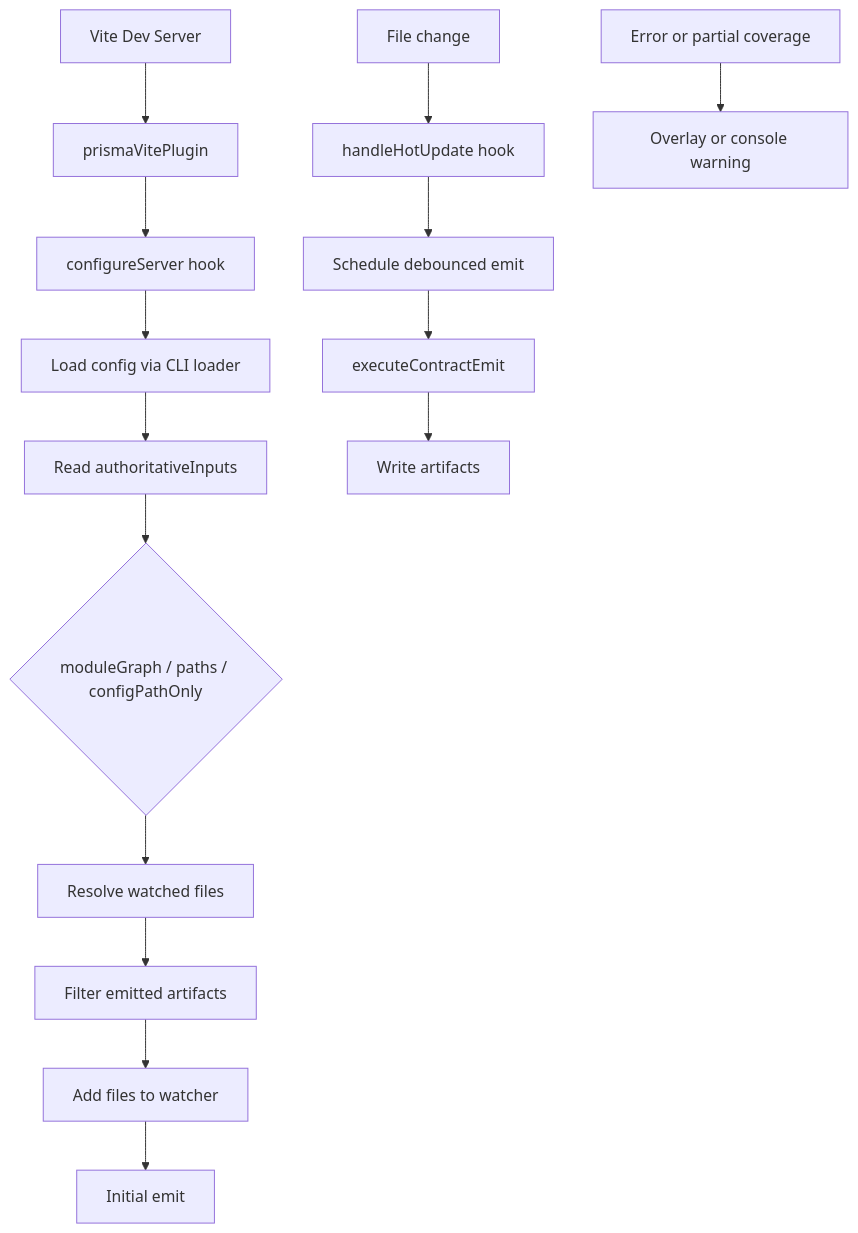
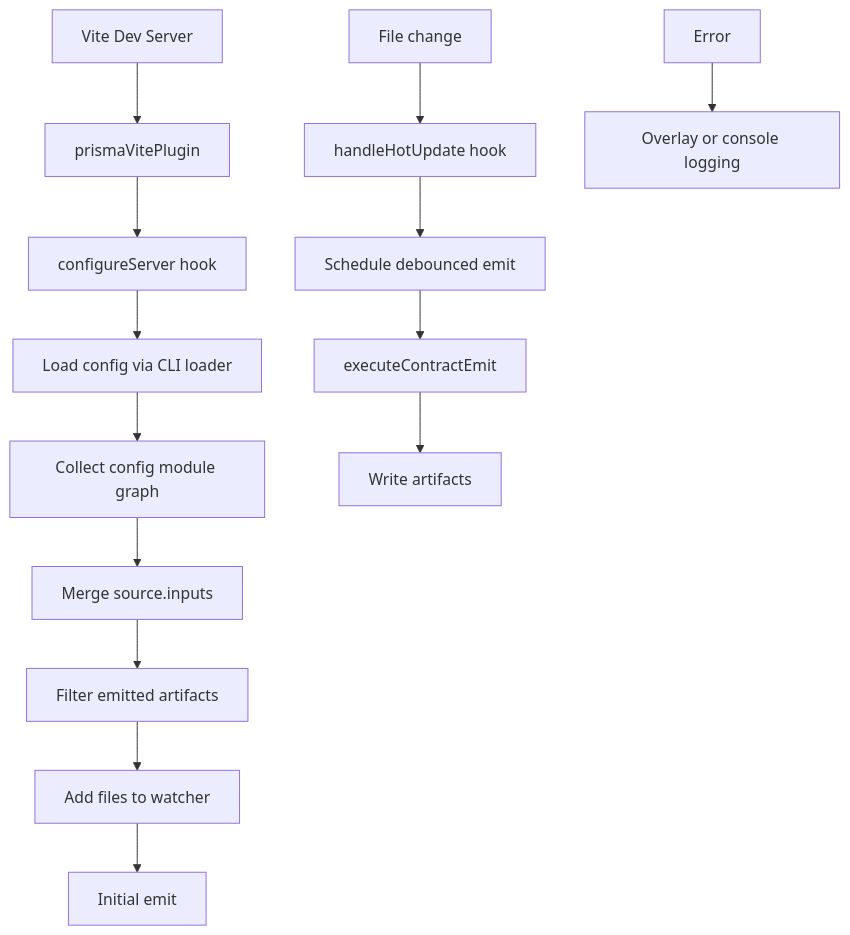
Before and after one commit to prisma/prisma-next: the diagram in packages/1-framework/3-tooling/vite-plugin-contract-emit/README.md, drawn with Mermaid. The commit also changed other lines of this file and 59 other files, not shown here.

Commit message:
Simplify contract source inputs and load environment

````diff
--- a/packages/1-framework/3-tooling/vite-plugin-contract-emit/README.md
+++ b/packages/1-framework/3-tooling/vite-plugin-contract-emit/README.md
@@ -76,19 +72,18 @@
 ```mermaid
 graph TD
     A[Vite Dev Server] --> B[prismaVitePlugin]
     B --> C[configureServer hook]
     C --> D[Load config via CLI loader]
-    D --> E[Read authoritativeInputs]
-    E --> F{moduleGraph / paths / configPathOnly}
-    F --> G[Resolve watched files]
-    G --> H[Filter emitted artifacts]
-    H --> I[Add files to watcher]
-    I --> J[Initial emit]
+    D --> E[Collect config module graph]
+    E --> F[Merge source.inputs]
+    F --> G[Filter emitted artifacts]
+    G --> H[Add files to watcher]
+    H --> I[Initial emit]
     
-    K[File change] --> L[handleHotUpdate hook]
-    L --> M[Schedule debounced emit]
-    M --> N[executeContractEmit]
-    N --> O[Write artifacts]
+    J[File change] --> K[handleHotUpdate hook]
+    K --> L[Schedule debounced emit]
+    L --> M[executeContractEmit]
+    M --> N[Write artifacts]
     
-    P[Error or partial coverage] --> Q[Overlay or console warning]
+    P[Error] --> Q[Overlay or console logging]
 ```
````
